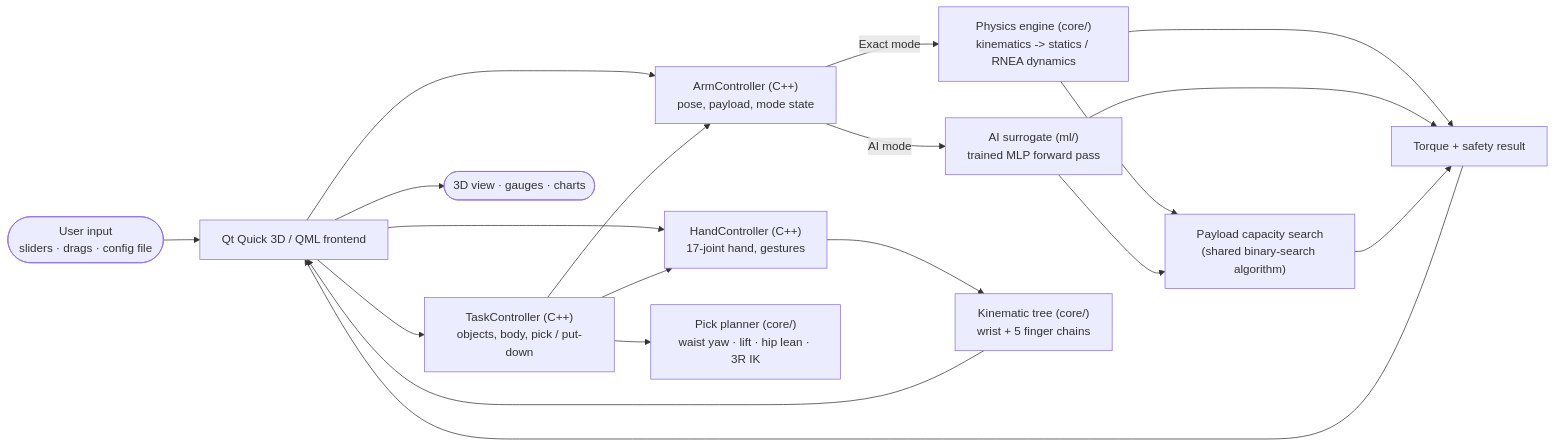
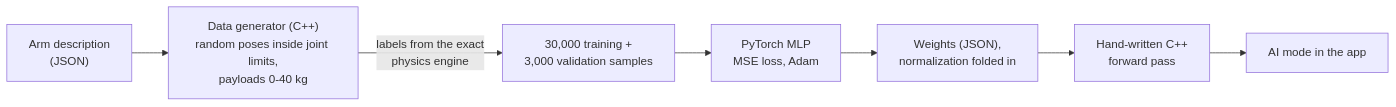
Before and after one commit to HSley13/robot-arm-analyzer: the first of 2 diagrams in README.md, drawn with Mermaid. The commit also changed other lines of this file and 9 other files, not shown here.

````diff
--- a/README.md
+++ b/README.md
@@ -43,21 +96,9 @@
 ```mermaid
 flowchart LR
-    U(["User input<br/>sliders · drags · config file"]) --> UI["Qt Quick 3D / QML frontend"]
-    UI --> AC["ArmController (C++)<br/>pose, payload, mode state"]
-    UI --> HC["HandController (C++)<br/>17-joint hand, gestures"]
-    UI --> TC["TaskController (C++)<br/>objects, body, pick / put-down"]
-    TC --> PLAN["Pick planner (core/)<br/>waist yaw · lift · hip lean · 3R IK"]
-    TC --> AC
-    TC --> HC
-    AC -->|Exact mode| CORE["Physics engine (core/)<br/>kinematics -> statics / RNEA dynamics"]
-    AC -->|AI mode| ML["AI surrogate (ml/)<br/>trained MLP forward pass"]
-    HC --> TREE["Kinematic tree (core/)<br/>wrist + 5 finger chains"]
-    CORE --> CAP["Payload capacity search<br/>(shared binary-search algorithm)"]
-    ML --> CAP
-    CORE --> RES["Torque + safety result"]
-    ML --> RES
-    CAP --> RES
-    RES --> UI
-    TREE --> UI
-    UI --> OUT(["3D view · gauges · charts"])
+    CFG["Arm description<br/>(JSON)"] --> GEN["Data generator (C++)<br/>random poses inside joint limits,<br/>payloads 0-40 kg"]
+    GEN -->|"labels from the exact<br/>physics engine"| DATA["30,000 training +<br/>3,000 validation samples"]
+    DATA --> TRAIN["PyTorch MLP<br/>MSE loss, Adam"]
+    TRAIN --> W["Weights (JSON),<br/>normalization folded in"]
+    W --> INF["Hand-written C++<br/>forward pass"]
+    INF --> APP["AI mode in the app"]
 ```
````
